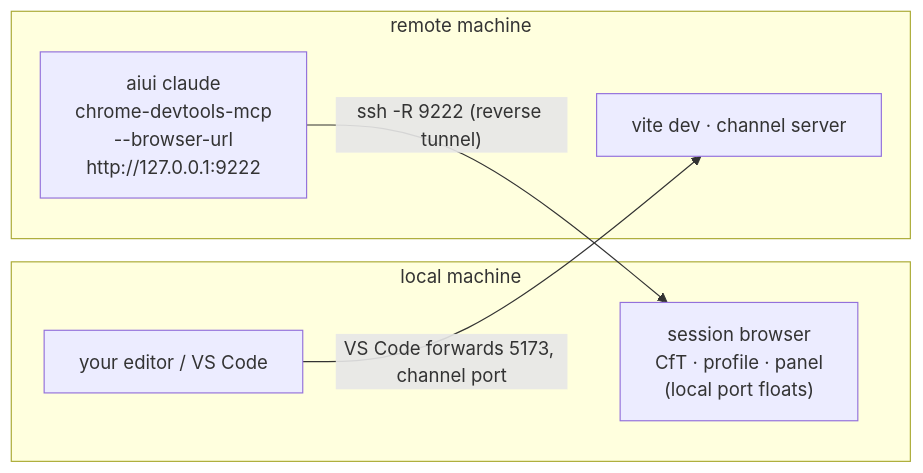
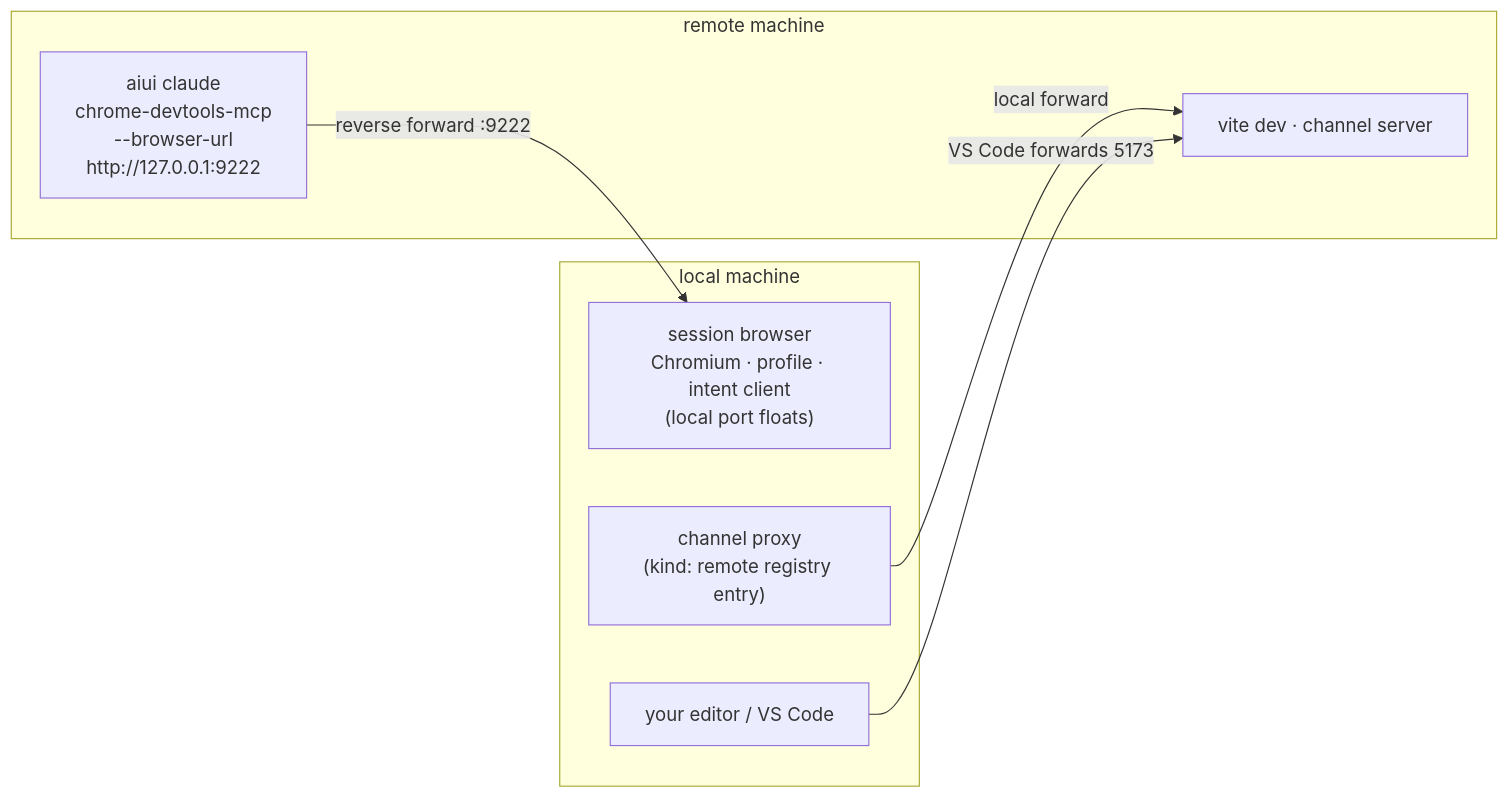
One commit to habemus-papadum/pdum_aiui changed the diagram in packages/aiui/docs/remote.md. Above: the diagram before and after it, drawn with Mermaid. The commit also changed other lines of this file and 20 other files, not shown here.

````diff
--- a/packages/aiui/docs/remote.md
+++ b/packages/aiui/docs/remote.md
@@ -9,13 +9,15 @@
 ```mermaid
 flowchart LR
   subgraph local["local machine"]
-    browser["session browser<br/>CfT · profile · panel<br/>(local port floats)"]
+    browser["session browser<br/>Chromium · profile · intent client<br/>(local port floats)"]
+    proxy["channel proxy<br/>(kind: remote registry entry)"]
     editor["your editor / VS Code"]
   end
   subgraph remote["remote machine"]
     claude["aiui claude<br/>chrome-devtools-mcp<br/>--browser-url<br/>http://127.0.0.1:9222"]
     servers["vite dev · channel server"]
   end
-  claude -->|"ssh -R 9222 (reverse tunnel)"| browser
-  editor -->|"VS Code forwards 5173, channel port"| servers
+  claude -->|"reverse forward :9222"| browser
+  proxy -->|"local forward"| servers
+  editor -->|"VS Code forwards 5173"| servers
 ```
````
